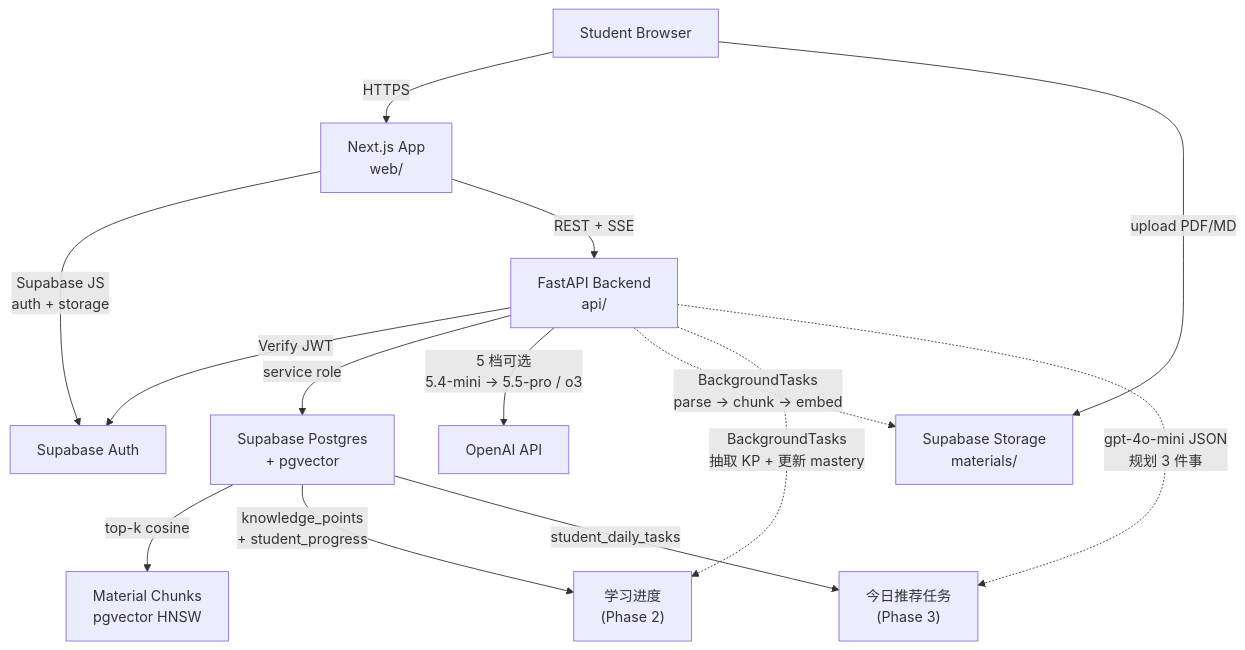
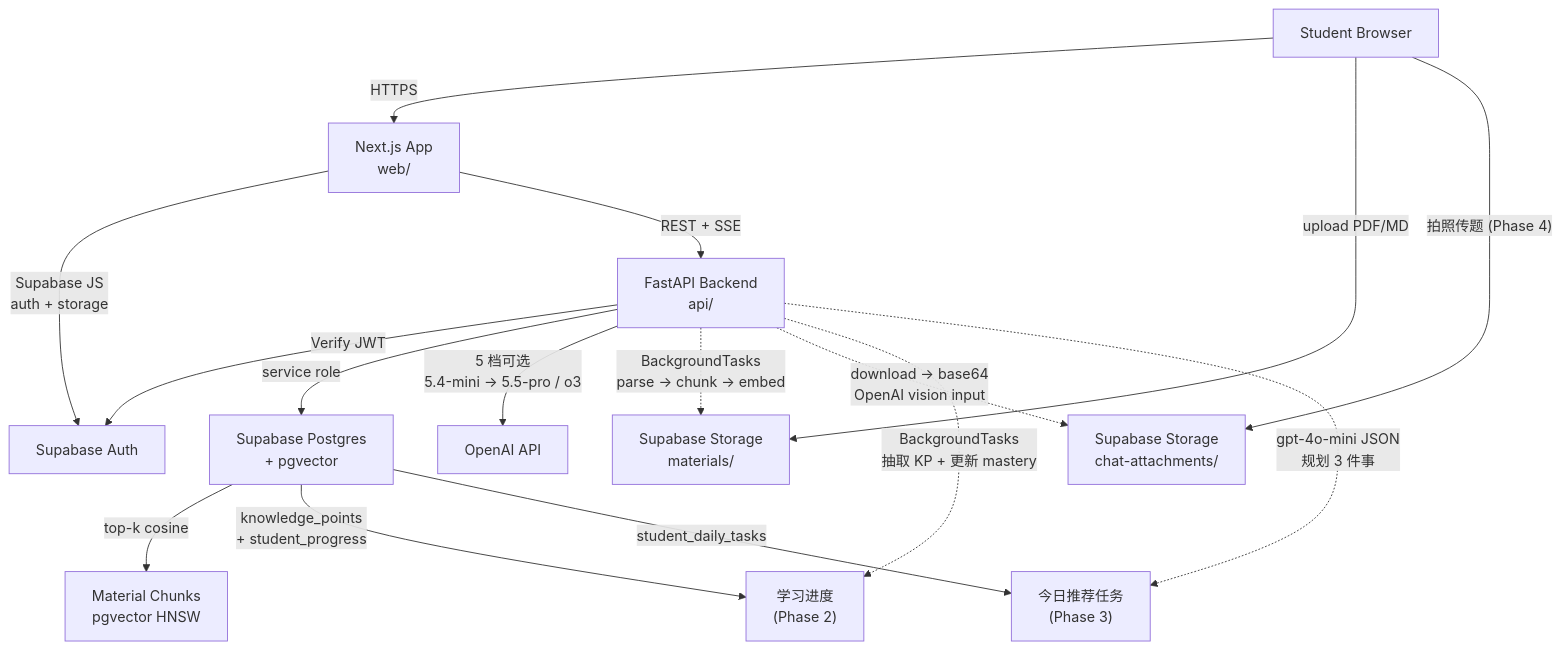
One commit to AllenLiuX/ai_study_platform changed the diagram in README.md. Above: the diagram before and after it, drawn with Mermaid. The commit also changed other lines of this file and 12 other files, not shown here.

First line of the commit message:
feat(phase4): 图片对话 (拍照传题) — vision multimodal 全链路

````diff
--- a/README.md
+++ b/README.md
@@ -162,16 +183,18 @@
 ```mermaid
 flowchart TB
   Browser["Student Browser"] -->|"HTTPS"| NextApp["Next.js App<br/>web/"]
   NextApp -->|"Supabase JS<br/>auth + storage"| SupabaseAuth["Supabase Auth"]
   NextApp -->|"REST + SSE"| FastAPI["FastAPI Backend<br/>api/"]
   FastAPI -->|"Verify JWT"| SupabaseAuth
   FastAPI -->|"service role"| SupabaseDB["Supabase Postgres<br/>+ pgvector"]
   FastAPI -->|"5 档可选<br/>5.4-mini → 5.5-pro / o3"| OpenAI["OpenAI API"]
   SupabaseDB -->|"top-k cosine"| RAG["Material Chunks<br/>pgvector HNSW"]
   SupabaseDB -->|"knowledge_points<br/>+ student_progress"| Progress["学习进度<br/>(Phase 2)"]
   SupabaseDB -->|"student_daily_tasks"| Tasks["今日推荐任务<br/>(Phase 3)"]
   Browser -->|"upload PDF/MD"| Storage["Supabase Storage<br/>materials/"]
+  Browser -->|"拍照传题 (Phase 4)"| ChatImg["Supabase Storage<br/>chat-attachments/"]
   FastAPI -.->|"BackgroundTasks<br/>parse → chunk → embed"| Storage
+  FastAPI -.->|"download → base64<br/>OpenAI vision input"| ChatImg
   FastAPI -.->|"BackgroundTasks<br/>抽取 KP + 更新 mastery"| Progress
   FastAPI -.->|"gpt-4o-mini JSON<br/>规划 3 件事"| Tasks
 ```
````
